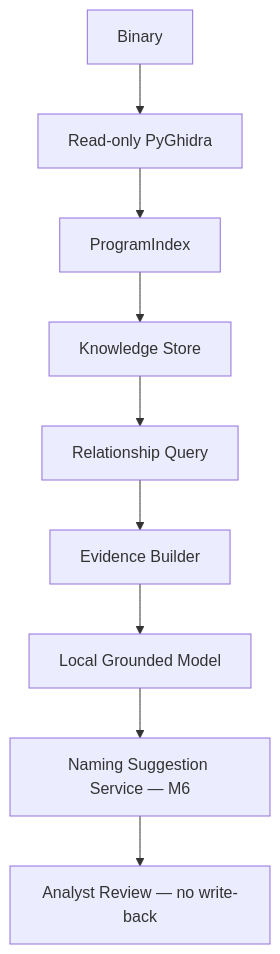
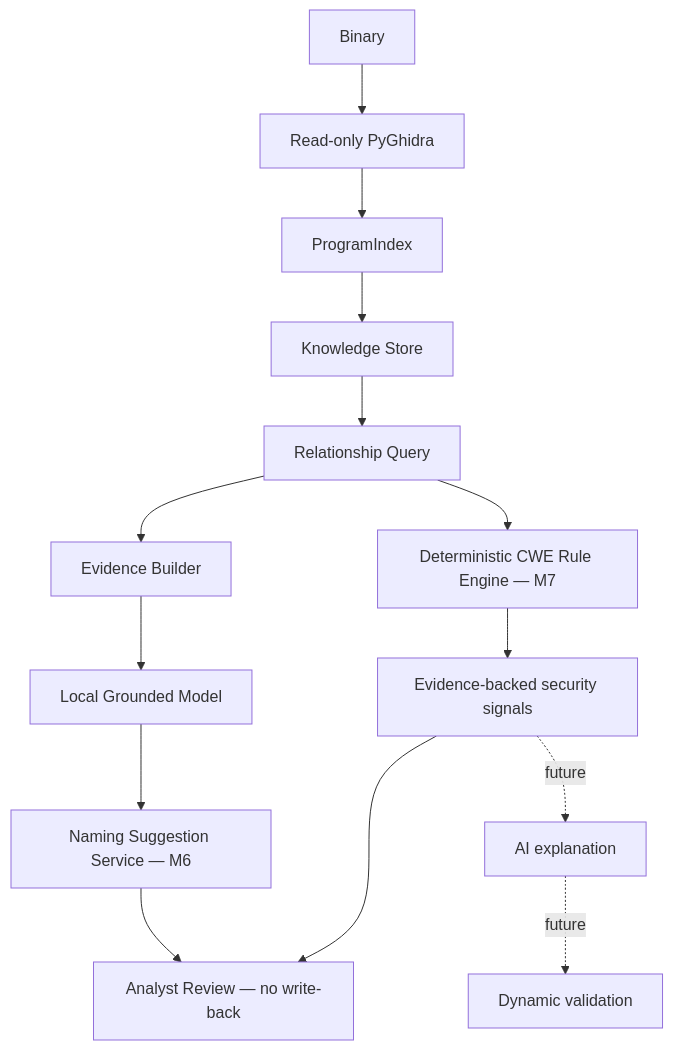
One commit to laurenerobinson/AIRE changed the diagram in docs/ARCHITECTURE.md. Above: the diagram before and after it, drawn with Mermaid. The commit also changed other lines of this file and 52 other files, not shown here.

````diff
--- a/docs/ARCHITECTURE.md
+++ b/docs/ARCHITECTURE.md
@@ -10,11 +11,16 @@
 ```mermaid
 flowchart TD
     B[Binary] --> I[Read-only PyGhidra]
     I --> P[ProgramIndex]
     P --> K[Knowledge Store]
     K --> G[Relationship Query]
     G --> E[Evidence Builder]
     E --> L[Local Grounded Model]
     L --> N[Naming Suggestion Service — M6]
     N --> A[Analyst Review — no write-back]
+    G --> R[Deterministic CWE Rule Engine — M7]
+    R --> S[Evidence-backed security signals]
+    S --> A
+    S -. future .-> X[AI explanation]
+    X -. future .-> V[Dynamic validation]
 ```
````
